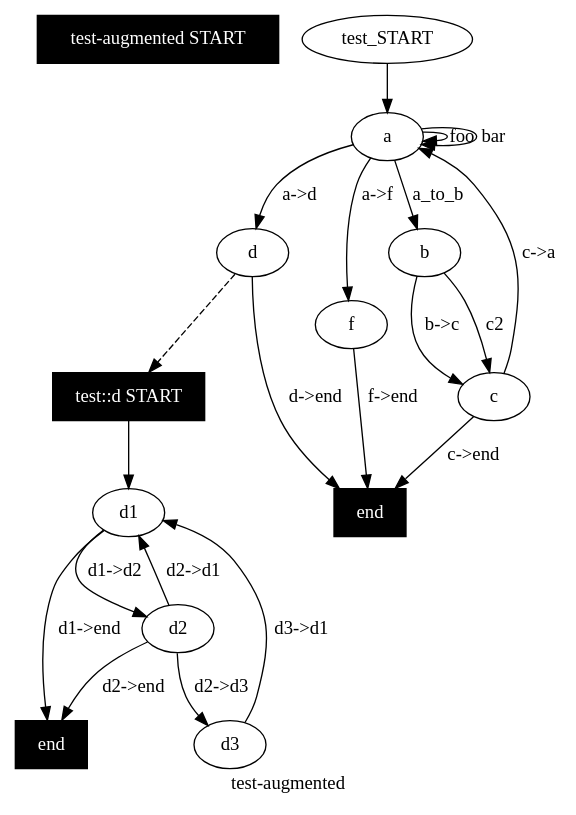
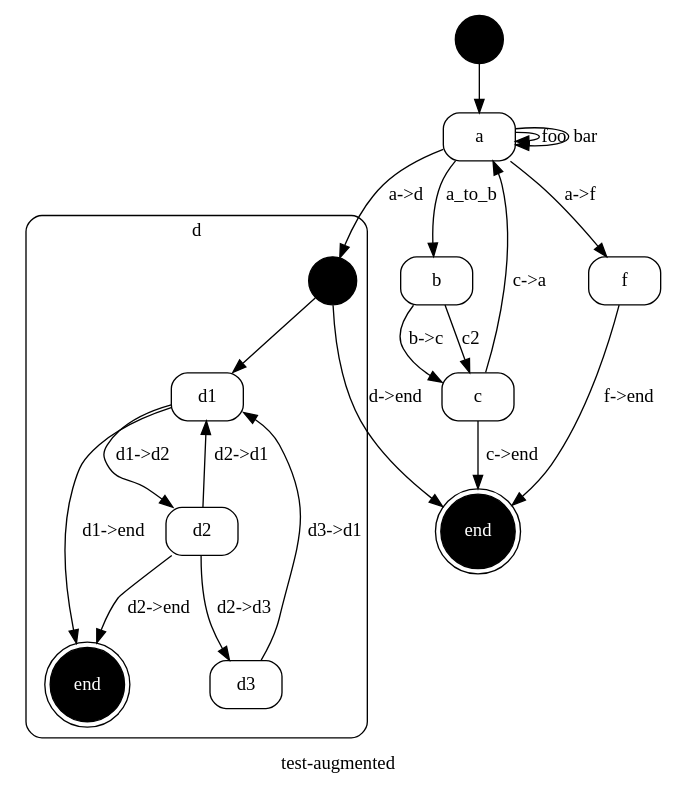
Before and after one commit to kstephens/red_steak: the diagram in example/red_steak-test-augmented.dot, drawn with Graphviz. The commit also changed 16 other files, not shown here.

```diff
--- a/example/red_steak-test-augmented.dot
+++ b/example/red_steak-test-augmented.dot
@@ -1,98 +1,100 @@
 
 // {#<RedSteak::Statemachine [:test]>
-digraph {
-  label = "test-augmented"
-  "test-augmented_START" [ shape="rectangle", label="test-augmented START", style=filled, fillcolor=black, fontcolor=white ]; 
+digraph x1 {
+  label="test-augmented"; 
+  node [ shape="circle", label="", style=filled, fillcolor=black ] x1_START; 
 
 // #<RedSteak::State [:a]>
-"test_a" [ shape="oval", label="a", style=filled, color=black, fillcolor=white, fontcolor=black ];
-"test_START" -> "test_a";
+  node [ shape="box", label="a", style="filled,rounded", color=black, fillcolor=white, fontcolor=black ] x2;
 
 // #<RedSteak::State [:b]>
-"test_b" [ shape="oval", label="b", style=filled, color=black, fillcolor=white, fontcolor=black ];
+  node [ shape="box", label="b", style="filled,rounded", color=black, fillcolor=white, fontcolor=black ] x3;
 
 // #<RedSteak::State [:c]>
-"test_c" [ shape="oval", label="c", style=filled, color=black, fillcolor=white, fontcolor=black ];
+  node [ shape="box", label="c", style="filled,rounded", color=black, fillcolor=white, fontcolor=black ] x4;
 
 // #<RedSteak::State [:end]>
-"test_end" [ shape="rectangle", label="end", style=filled, color=black, fillcolor=black, fontcolor=white ];
+  node [ shape="doublecircle", label="end", style="filled,rounded", color=black, fillcolor=black, fontcolor=white ] x5;
 
 // #<RedSteak::State [:d]>
-"test_d" [ shape="oval", label="d", style=filled, color=black, fillcolor=white, fontcolor=black ];
 
 // {#<RedSteak::Statemachine [:test, :d, :d]>
-subgraph test_d {
-  label = "test::d"
-  "test_d_START" [ shape="rectangle", label="test::d START", style=filled, fillcolor=black, fontcolor=white ]; 
+subgraph cluster_x6 {
+  label="d"; 
+  shape="box"; 
+  style="filled,rounded"; 
+  fillcolor="white"; 
+  fontcolor="black"; 
+  node [ shape="circle", label="", style=filled, fillcolor=black ] x6_START; 
 
-// #<RedSteak::State [:d]>
-"test_d_d1" [ shape="oval", label="d1", style=filled, color=black, fillcolor=white, fontcolor=black ];
-"test_d_START" -> "test_d_d1";
+// #<RedSteak::State [:d, :d1]>
+  node [ shape="box", label="d1", style="filled,rounded", color=black, fillcolor=white, fontcolor=black ] x7;
 
-// #<RedSteak::State [:d]>
-"test_d_d2" [ shape="oval", label="d2", style=filled, color=black, fillcolor=white, fontcolor=black ];
+// #<RedSteak::State [:d, :d2]>
+  node [ shape="box", label="d2", style="filled,rounded", color=black, fillcolor=white, fontcolor=black ] x8;
 
-// #<RedSteak::State [:d]>
-"test_d_end" [ shape="rectangle", label="end", style=filled, color=black, fillcolor=black, fontcolor=white ];
+// #<RedSteak::State [:d, :end]>
+  node [ shape="doublecircle", label="end", style="filled,rounded", color=black, fillcolor=black, fontcolor=white ] x9;
 
-// #<RedSteak::State [:d]>
-"test_d_d3" [ shape="oval", label="d3", style=filled, color=black, fillcolor=white, fontcolor=black ];
-
-// #<RedSteak::Transition d1 === d1->d2 ==> d2>
-"test_d_d1" -> "test_d_d2" [ label="d1->d2", color=black ];
-
-// #<RedSteak::Transition d1 === d1->end ==> end>
-"test_d_d1" -> "test_d_end" [ label="d1->end", color=black ];
-
-// #<RedSteak::Transition d2 === d2->d1 ==> d1>
-"test_d_d2" -> "test_d_d1" [ label="d2->d1", color=black ];
-
-// #<RedSteak::Transition d2 === d2->end ==> end>
-"test_d_d2" -> "test_d_end" [ label="d2->end", color=black ];
-
-// #<RedSteak::Transition d3 === d3->d1 ==> d1>
-"test_d_d3" -> "test_d_d1" [ label="d3->d1", color=black ];
-
-// #<RedSteak::Transition d2 === d2->d3 ==> d3>
-"test_d_d2" -> "test_d_d3" [ label="d2->d3", color=black ];
+// #<RedSteak::State [:d, :d3]>
+  node [ shape="box", label="d3", style="filled,rounded", color=black, fillcolor=white, fontcolor=black ] x10;
 }
 // } #<RedSteak::Statemachine [:test, :d, :d]>
-"test_d" -> "test_d_START" [ style=dashed ];
 
 // #<RedSteak::State [:f]>
-"test-augmented_f" [ shape="oval", label="f", style=filled, color=black, fillcolor=white, fontcolor=black ];
+  node [ shape="box", label="f", style="filled,rounded", color=black, fillcolor=white, fontcolor=black ] x11;
 
-// #<RedSteak::Transition a === foo ==> a>
-"test_a" -> "test_a" [ label="foo", color=black ];
+// #<RedSteak::Transition :foo :a -> :a>
+x2 -> x2 [ label="foo", color=black, fontcolor=black ];
 
-// #<RedSteak::Transition a === bar ==> a>
-"test_a" -> "test_a" [ label="bar", color=black ];
+// #<RedSteak::Transition :bar :a -> :a>
+x2 -> x2 [ label="bar", color=black, fontcolor=black ];
 
-// #<RedSteak::Transition a === a_to_b ==> b>
-"test_a" -> "test_b" [ label="a_to_b", color=black ];
+// #<RedSteak::Transition :a_to_b :a -> :b>
+x2 -> x3 [ label="a_to_b", color=black, fontcolor=black ];
 
-// #<RedSteak::Transition b === b->c ==> c>
-"test_b" -> "test_c" [ label="b->c", color=black ];
+// #<RedSteak::Transition :"b->c" :b -> :c>
+x3 -> x4 [ label="b->c", color=black, fontcolor=black ];
 
-// #<RedSteak::Transition b === c2 ==> c>
-"test_b" -> "test_c" [ label="c2", color=black ];
+// #<RedSteak::Transition :c2 :b -> :c>
+x3 -> x4 [ label="c2", color=black, fontcolor=black ];
 
-// #<RedSteak::Transition c === c->a ==> a>
-"test_c" -> "test_a" [ label="c->a", color=black ];
+// #<RedSteak::Transition :"c->a" :c -> :a>
+x4 -> x2 [ label="c->a", color=black, fontcolor=black ];
 
-// #<RedSteak::Transition c === c->end ==> end>
-"test_c" -> "test_end" [ label="c->end", color=black ];
+// #<RedSteak::Transition :"c->end" :c -> :end>
+x4 -> x5 [ label="c->end", color=black, fontcolor=black ];
 
-// #<RedSteak::Transition a === a->d ==> d>
-"test_a" -> "test_d" [ label="a->d", color=black ];
+// #<RedSteak::Transition :"a->d" :a -> :d>
+x2 -> x6_START [ label="a->d", color=black, fontcolor=black ];
 
-// #<RedSteak::Transition d === d->end ==> end>
-"test_d" -> "test_end" [ label="d->end", color=black ];
+// #<RedSteak::Transition :"d->end" :d -> :end>
+x6_START -> x5 [ label="d->end", color=black, fontcolor=black ];
 
-// #<RedSteak::Transition a === a->f ==> f>
-"test_a" -> "test-augmented_f" [ label="a->f", color=black ];
+// #<RedSteak::Transition :"a->f" :a -> :f>
+x2 -> x11 [ label="a->f", color=black, fontcolor=black ];
 
-// #<RedSteak::Transition f === f->end ==> end>
-"test-augmented_f" -> "test_end" [ label="f->end", color=black ];
+// #<RedSteak::Transition :"f->end" :f -> :end>
+x11 -> x5 [ label="f->end", color=black, fontcolor=black ];
+x1_START -> x2;
+
+// #<RedSteak::Transition :"d1->d2" :d1 -> :d2>
+x7 -> x8 [ label="d1->d2", color=black, fontcolor=black ];
+
+// #<RedSteak::Transition :"d1->end" :d1 -> :end>
+x7 -> x9 [ label="d1->end", color=black, fontcolor=black ];
+
+// #<RedSteak::Transition :"d2->d1" :d2 -> :d1>
+x8 -> x7 [ label="d2->d1", color=black, fontcolor=black ];
+
+// #<RedSteak::Transition :"d2->end" :d2 -> :end>
+x8 -> x9 [ label="d2->end", color=black, fontcolor=black ];
+
+// #<RedSteak::Transition :"d3->d1" :d3 -> :d1>
+x10 -> x7 [ label="d3->d1", color=black, fontcolor=black ];
+
+// #<RedSteak::Transition :"d2->d3" :d2 -> :d3>
+x8 -> x10 [ label="d2->d3", color=black, fontcolor=black ];
+x6_START -> x7;
 }
 // } #<RedSteak::Statemachine [:test]>
```
